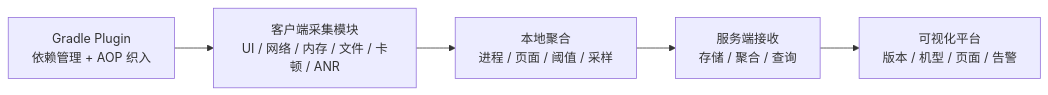
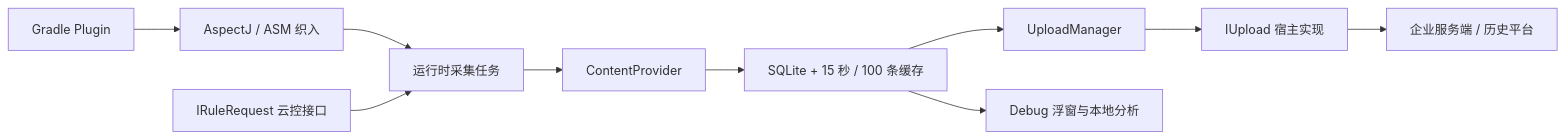
The diagram in src/part3-tools/ch19-apm/08-argusapm.md (Gracker/android-internals-wiki), drawn with Mermaid before and after one commit. The commit also changed other lines of this file, not shown here.

````diff
--- a/src/part3-tools/ch19-apm/08-argusapm.md
+++ b/src/part3-tools/ch19-apm/08-argusapm.md
@@ -152,7 +113,12 @@
 ```mermaid
 flowchart LR
-    A["Gradle Plugin\n依赖管理 + AOP 织入"] --> B["客户端采集模块\nUI / 网络 / 内存 / 文件 / 卡顿 / ANR"]
-    B --> C["本地聚合\n进程 / 页面 / 阈值 / 采样"]
-    C --> D["服务端接收\n存储 / 聚合 / 查询"]
-    D --> E["可视化平台\n版本 / 机型 / 页面 / 告警"]
+    P["Gradle Plugin"] --> A["AspectJ / ASM 织入"]
+    A --> R["运行时采集任务"]
+    R --> C["ContentProvider"]
+    C --> D["SQLite + 15 秒 / 100 条缓存"]
+    D --> U["UploadManager"]
+    Q["IRuleRequest 云控接口"] --> R
+    U --> I["IUpload 宿主实现"]
+    I --> S["企业服务端 / 历史平台"]
+    D --> L["Debug 浮窗与本地分析"]
 ```
````
